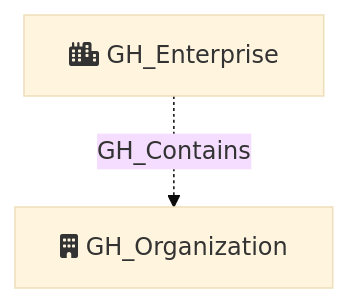
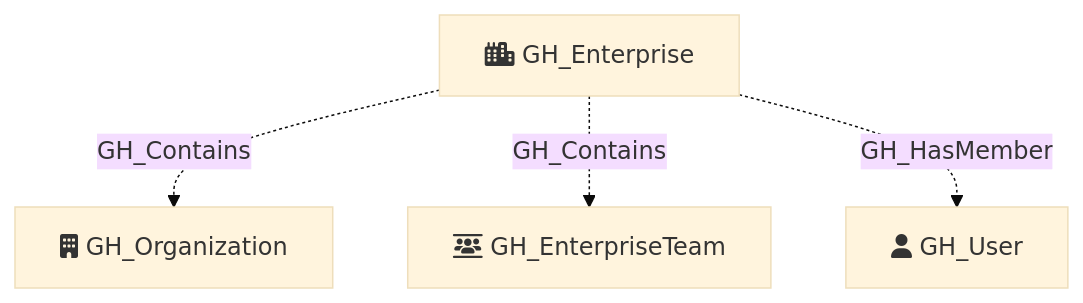
Before and after one commit to SpecterOps/GitHound: the diagram in Documentation/NodeDescriptions/GH_Enterprise.md, drawn with Mermaid (base theme). The commit also changed 5 other files, not shown here.

````diff
--- a/Documentation/NodeDescriptions/GH_Enterprise.md
+++ b/Documentation/NodeDescriptions/GH_Enterprise.md
@@ -39,7 +39,11 @@
 ```mermaid
 flowchart TD
     GH_Enterprise[fa:fa-city GH_Enterprise]
     GH_Organization[fa:fa-building GH_Organization]
+    GH_User[fa:fa-user GH_User]
+    GH_EnterpriseTeam[fa:fa-users-between-lines GH_EnterpriseTeam]
 
     GH_Enterprise -.->|GH_Contains| GH_Organization
+    GH_Enterprise -.->|GH_Contains| GH_EnterpriseTeam
+    GH_Enterprise -.->|GH_HasMember| GH_User
 ```
````
